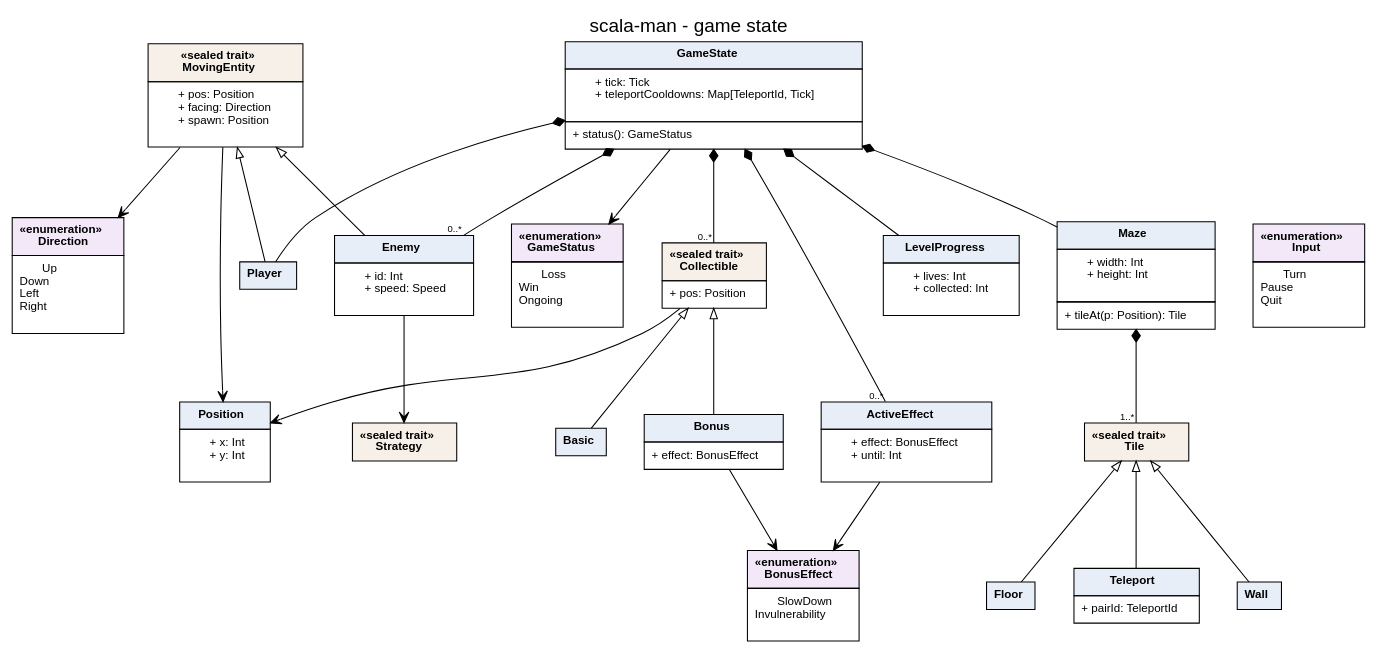
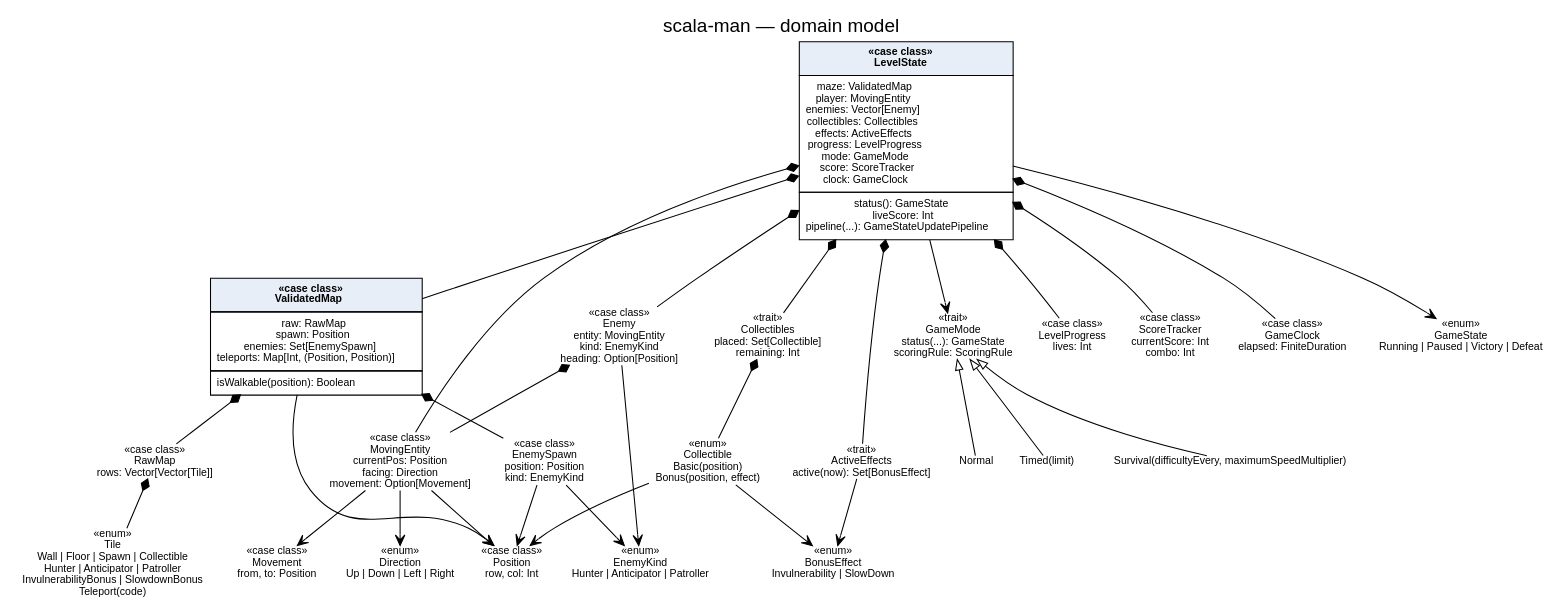
One commit to PPS-25/PPS-25-scala-man changed the diagram in docs/uml/game-state.dot. Above: the diagram before and after it, drawn with Graphviz.

Commit message:
docs: update domain model diagram

```diff
--- a/docs/uml/game-state.dot
+++ b/docs/uml/game-state.dot
@@ -1,271 +1,57 @@
-/*
- * scala-man class diagram - game state.
- *
- * Render:  dot -Tsvg docs/uml/game-state.dot -o docs/uml/game-state.svg
- *
- * Conventions used in this file:
- *   - one node per type, HTML label in sections: stereotype+name, fields, operations
- *   - Scala 3 stereotypes: «enumeration», «sealed trait», «case class», «opaque type»
- *   - the edge decoration always sits on the "source" node of the relation:
- *       inheritance / implementation -> hollow triangle on the supertype
- *       composition                  -> filled diamond on the container
- *       association                  -> plain arrow on the referenced type
- *   - multiplicity: label on the end it refers to
- *   - dashed border: type detailed in another diagram
- *
- * Scope: game state only. The maze appears with the bare minimum the state
- * cannot ignore (Maze, Tile and Collectible); loading, validation and level
- * structure belong to a later diagram. Optional features of the project
- * proposal (score, multiple game modes, saving, patrolling) are not modelled.
- */
+/* Final domain model of scala-man. Render: dot -Tsvg docs/uml/game-state.dot -o docs/uml/game-state.svg */
+digraph DomainModel {
+  graph [rankdir=TB, fontname="Helvetica", labelloc=t, label="scala-man — domain model", fontsize=18]
+  node [shape=plain, fontname="Helvetica", fontsize=10]
+  edge [fontname="Helvetica", fontsize=9]
 
-digraph GameState {
-  graph [
-    rankdir = TB,
-    nodesep = 0.5,
-    ranksep = 0.9,
-    fontname = "Helvetica",
-    labelloc = t,
-    label = "scala-man - game state",
-    fontsize = 18
-  ]
-  node [shape = plain, fontname = "Helvetica", fontsize = 11]
-  edge [fontname = "Helvetica", fontsize = 9]
-
-  /* ---------------------------------------------------------------- */
-  /* Root aggregate                                                    */
-  /* ---------------------------------------------------------------- */
-
-  GameState [label = <
-    <table border="0" cellborder="1" cellspacing="0" cellpadding="6">
-      <tr><td bgcolor="#e8eef7"><b>GameState</b></td></tr>
-      <tr><td align="left">
-        + tick: Tick<br align="left"/>
-        + teleportCooldowns: Map[TeleportId, Tick]<br align="left"/>
-      </td></tr>
-      <tr><td align="left">+ status(): GameStatus<br align="left"/></td></tr>
+  LevelState [label=<
+    <table border="0" cellborder="1" cellspacing="0" cellpadding="5">
+      <tr><td bgcolor="#e8eef7"><b>&#171;case class&#187;<br/>LevelState</b></td></tr>
+      <tr><td align="left">maze: ValidatedMap<br/>player: MovingEntity<br/>enemies: Vector[Enemy]<br/>collectibles: Collectibles<br/>effects: ActiveEffects<br/>progress: LevelProgress<br/>mode: GameMode<br/>score: ScoreTracker<br/>clock: GameClock</td></tr>
+      <tr><td align="left">status(): GameState<br/>liveScore: Int<br/>pipeline(...): GameStateUpdatePipeline</td></tr>
     </table>
   >]
-
-  /* ---------------------------------------------------------------- */
-  /* Moving entities                                                   */
-  /* Meeting2 sec. 8: player and enemies generalised into MovingEntity.*/
-  /* `spawn` is redundant if the spawn point is a Tile of the maze:    */
-  /* still an open point, see Meeting2 sec. 9.                         */
-  /* ---------------------------------------------------------------- */
-
-  MovingEntity [label = <
-    <table border="0" cellborder="1" cellspacing="0" cellpadding="6">
-      <tr><td bgcolor="#f7f0e8"><b>&#171;sealed trait&#187;<br/>MovingEntity</b></td></tr>
-      <tr><td align="left">
-        + pos: Position<br align="left"/>
-        + facing: Direction<br align="left"/>
-        + spawn: Position<br align="left"/>
-      </td></tr>
+  ValidatedMap [label=<
+    <table border="0" cellborder="1" cellspacing="0" cellpadding="5">
+      <tr><td bgcolor="#e8eef7"><b>&#171;case class&#187;<br/>ValidatedMap</b></td></tr>
+      <tr><td align="left">raw: RawMap<br/>spawn: Position<br/>enemies: Set[EnemySpawn]<br/>teleports: Map[Int, (Position, Position)]</td></tr>
+      <tr><td align="left">isWalkable(position): Boolean</td></tr>
     </table>
   >]
+  RawMap [label="&#171;case class&#187;\nRawMap\nrows: Vector[Vector[Tile]]"]
+  MovingEntity [label="&#171;case class&#187;\nMovingEntity\ncurrentPos: Position\nfacing: Direction\nmovement: Option[Movement]"]
+  Enemy [label="&#171;case class&#187;\nEnemy\nentity: MovingEntity\nkind: EnemyKind\nheading: Option[Position]"]
+  Collectibles [label="&#171;trait&#187;\nCollectibles\nplaced: Set[Collectible]\nremaining: Int"]
+  Collectible [label="&#171;enum&#187;\nCollectible\nBasic(position)\nBonus(position, effect)"]
+  ActiveEffects [label="&#171;trait&#187;\nActiveEffects\nactive(now): Set[BonusEffect]"]
+  GameMode [label="&#171;trait&#187;\nGameMode\nstatus(...): GameState\nscoringRule: ScoringRule"]
+  LevelProgress [label="&#171;case class&#187;\nLevelProgress\nlives: Int"]
+  ScoreTracker [label="&#171;case class&#187;\nScoreTracker\ncurrentScore: Int\ncombo: Int"]
+  GameClock [label="&#171;case class&#187;\nGameClock\nelapsed: FiniteDuration"]
+  Movement [label="&#171;case class&#187;\nMovement\nfrom, to: Position"]
+  EnemySpawn [label="&#171;case class&#187;\nEnemySpawn\nposition: Position\nkind: EnemyKind"]
+  Tile [label="&#171;enum&#187;\nTile\nWall | Floor | Spawn | Collectible\nHunter | Anticipator | Patroller\nInvulnerabilityBonus | SlowdownBonus\nTeleport(code)"]
+  Position [label="&#171;case class&#187;\nPosition\nrow, col: Int"]
+  Direction [label="&#171;enum&#187;\nDirection\nUp | Down | Left | Right"]
+  EnemyKind [label="&#171;enum&#187;\nEnemyKind\nHunter | Anticipator | Patroller"]
+  BonusEffect [label="&#171;enum&#187;\nBonusEffect\nInvulnerability | SlowDown"]
+  GameState [label="&#171;enum&#187;\nGameState\nRunning | Paused | Victory | Defeat"]
+  Normal [label="Normal"]
+  Timed [label="Timed(limit)"]
+  Survival [label="Survival(difficultyEvery, maximumSpeedMultiplier)"]
 
-  Player [label = <
-    <table border="0" cellborder="1" cellspacing="0" cellpadding="6">
-      <tr><td bgcolor="#e8eef7"><b>Player</b></td></tr>
-    </table>
-  >]
-
-  Enemy [label = <
-    <table border="0" cellborder="1" cellspacing="0" cellpadding="6">
-      <tr><td bgcolor="#e8eef7"><b>Enemy</b></td></tr>
-      <tr><td align="left">
-        + id: Int<br align="left"/>
-        + speed: Speed<br align="left"/>
-      </td></tr>
-    </table>
-  >]
-
-  MovingEntity -> Player [dir = back, arrowtail = empty, arrowhead = none]
-  MovingEntity -> Enemy  [dir = back, arrowtail = empty, arrowhead = none]
-
-  /* ---------------------------------------------------------------- */
-  /* Temporary effects and level progress                              */
-  /* ---------------------------------------------------------------- */
-
-  ActiveEffect [label = <
-    <table border="0" cellborder="1" cellspacing="0" cellpadding="6">
-      <tr><td bgcolor="#e8eef7"><b>ActiveEffect</b></td></tr>
-      <tr><td align="left">
-        + effect: BonusEffect<br align="left"/>
-        + until: Int<br align="left"/>
-      </td></tr>
-    </table>
-  >]
-
-  LevelProgress [label = <
-    <table border="0" cellborder="1" cellspacing="0" cellpadding="6">
-      <tr><td bgcolor="#e8eef7"><b>LevelProgress</b></td></tr>
-      <tr><td align="left">
-        + lives: Int<br align="left"/>
-        + collected: Int<br align="left"/>
-      </td></tr>
-    </table>
-  >]
-
-  Position [label = <
-    <table border="0" cellborder="1" cellspacing="0" cellpadding="6">
-      <tr><td bgcolor="#e8eef7"><b>Position</b></td></tr>
-      <tr><td align="left">
-        + x: Int<br align="left"/>
-        + y: Int<br align="left"/>
-      </td></tr>
-    </table>
-  >]
-
-  /* ---------------------------------------------------------------- */
-  /* Maze: the bare minimum the game state needs                       */
-  /* ---------------------------------------------------------------- */
-
-  Maze [label = <
-    <table border="0" cellborder="1" cellspacing="0" cellpadding="6">
-      <tr><td bgcolor="#e8eef7"><b>Maze</b></td></tr>
-      <tr><td align="left">
-        + width: Int<br align="left"/>
-        + height: Int<br align="left"/>
-      </td></tr>
-      <tr><td align="left">+ tileAt(p: Position): Tile<br align="left"/></td></tr>
-    </table>
-  >]
-
-  Tile [label = <
-    <table border="0" cellborder="1" cellspacing="0" cellpadding="6">
-      <tr><td bgcolor="#f7f0e8"><b>&#171;sealed trait&#187;<br/>Tile</b></td></tr>
-    </table>
-  >]
-
-  Wall [label = <
-    <table border="0" cellborder="1" cellspacing="0" cellpadding="6">
-      <tr><td bgcolor="#e8eef7"><b>Wall</b></td></tr>
-    </table>
-  >]
-
-  Floor [label = <
-    <table border="0" cellborder="1" cellspacing="0" cellpadding="6">
-      <tr><td bgcolor="#e8eef7"><b>Floor</b></td></tr>
-    </table>
-  >]
-
-  Teleport [label = <
-    <table border="0" cellborder="1" cellspacing="0" cellpadding="6">
-      <tr><td bgcolor="#e8eef7"><b>Teleport</b></td></tr>
-      <tr><td align="left">+ pairId: TeleportId<br align="left"/></td></tr>
-    </table>
-  >]
-
-  Maze -> Tile     [dir = back, arrowtail = diamond, arrowhead = none, headlabel = "1..*"]
-  Tile -> Wall     [dir = back, arrowtail = empty, arrowhead = none]
-  Tile -> Floor    [dir = back, arrowtail = empty, arrowhead = none]
-  Tile -> Teleport [dir = back, arrowtail = empty, arrowhead = none]
-
-  /* ---------------------------------------------------------------- */
-  /* Collectibles                                                      */
-  /* Meeting2 sec. 8: they carry a Position, so they are treated as    */
-  /* elements placed on the maze.                                      */
-  /* ---------------------------------------------------------------- */
-
-  Collectible [label = <
-    <table border="0" cellborder="1" cellspacing="0" cellpadding="6">
-      <tr><td bgcolor="#f7f0e8"><b>&#171;sealed trait&#187;<br/>Collectible</b></td></tr>
-      <tr><td align="left">+ pos: Position<br align="left"/></td></tr>
-    </table>
-  >]
-
-  Basic [label = <
-    <table border="0" cellborder="1" cellspacing="0" cellpadding="6">
-      <tr><td bgcolor="#e8eef7"><b>Basic</b></td></tr>
-    </table>
-  >]
-
-  Bonus [label = <
-    <table border="0" cellborder="1" cellspacing="0" cellpadding="6">
-      <tr><td bgcolor="#e8eef7"><b>Bonus</b></td></tr>
-      <tr><td align="left">+ effect: BonusEffect<br align="left"/></td></tr>
-    </table>
-  >]
-
-  Collectible -> Basic [dir = back, arrowtail = empty, arrowhead = none]
-  Collectible -> Bonus [dir = back, arrowtail = empty, arrowhead = none]
-
-  /* ---------------------------------------------------------------- */
-  /* Enumerations                                                      */
-  /* ---------------------------------------------------------------- */
-
-  Direction [label = <
-    <table border="0" cellborder="1" cellspacing="0" cellpadding="6">
-      <tr><td bgcolor="#f2e8f7"><b>&#171;enumeration&#187;<br/>Direction</b></td></tr>
-      <tr><td align="left">
-        Up<br align="left"/>Down<br align="left"/>Left<br align="left"/>Right<br align="left"/>
-      </td></tr>
-    </table>
-  >]
-
-  GameStatus [label = <
-    <table border="0" cellborder="1" cellspacing="0" cellpadding="6">
-      <tr><td bgcolor="#f2e8f7"><b>&#171;enumeration&#187;<br/>GameStatus</b></td></tr>
-      <tr><td align="left">
-        Loss<br align="left"/>Win<br align="left"/>Ongoing<br align="left"/>
-      </td></tr>
-    </table>
-  >]
-
-  Input [label = <
-    <table border="0" cellborder="1" cellspacing="0" cellpadding="6">
-      <tr><td bgcolor="#f2e8f7"><b>&#171;enumeration&#187;<br/>Input</b></td></tr>
-      <tr><td align="left">
-        Turn<br align="left"/>Pause<br align="left"/>Quit<br align="left"/>
-      </td></tr>
-    </table>
-  >]
-
-  BonusEffect [label = <
-    <table border="0" cellborder="1" cellspacing="0" cellpadding="6">
-      <tr><td bgcolor="#f2e8f7"><b>&#171;enumeration&#187;<br/>BonusEffect</b></td></tr>
-      <tr><td align="left">
-        SlowDown<br align="left"/>Invulnerability<br align="left"/>
-      </td></tr>
-    </table>
-  >]
-
-  /* ---------------------------------------------------------------- */
-  /* AI strategies: detailed in a dedicated diagram                    */
-  /* ---------------------------------------------------------------- */
-
-  Strategy [label = <
-    <table border="0" cellborder="1" cellspacing="0" cellpadding="6" style="dashed">
-      <tr><td bgcolor="#f7f0e8"><b>&#171;sealed trait&#187;<br/>Strategy</b></td></tr>
-    </table>
-  >]
-
-  /* ---------------------------------------------------------------- */
-  /* Compositions: filled diamond on the container (GameState)         */
-  /* ---------------------------------------------------------------- */
-
-  GameState -> Maze          [dir = back, arrowtail = diamond, arrowhead = none]
-  GameState -> Player        [dir = back, arrowtail = diamond, arrowhead = none]
-  GameState -> Enemy         [dir = back, arrowtail = diamond, arrowhead = none, headlabel = "0..*"]
-  GameState -> ActiveEffect  [dir = back, arrowtail = diamond, arrowhead = none, headlabel = "0..*"]
-  GameState -> LevelProgress [dir = back, arrowtail = diamond, arrowhead = none]
-  GameState -> Collectible   [dir = back, arrowtail = diamond, arrowhead = none, headlabel = "0..*"]
-
-  /* ---------------------------------------------------------------- */
-  /* Associations                                                      */
-  /* ---------------------------------------------------------------- */
-
-  GameState    -> GameStatus  [arrowhead = vee]
-  MovingEntity -> Position    [arrowhead = vee]
-  MovingEntity -> Direction   [arrowhead = vee]
-  Enemy        -> Strategy    [arrowhead = vee]
-  Collectible  -> Position    [arrowhead = vee]
-  ActiveEffect -> BonusEffect [arrowhead = vee]
-  Bonus        -> BonusEffect [arrowhead = vee]
-
-  /* Input has no relation in this diagram: it is the vocabulary of commands
-   * consumed by the controller, detailed in the MVC diagram. */
-  { rank = same; Input; GameStatus }
+  LevelState -> { ValidatedMap MovingEntity Enemy Collectibles ActiveEffects LevelProgress ScoreTracker GameClock } [dir=back, arrowtail=diamond, arrowhead=none]
+  LevelState -> GameMode [arrowhead=vee]
+  LevelState -> GameState [arrowhead=vee]
+  ValidatedMap -> { RawMap EnemySpawn } [dir=back, arrowtail=diamond, arrowhead=none]
+  ValidatedMap -> Position [arrowhead=vee]
+  RawMap -> Tile [dir=back, arrowtail=diamond, arrowhead=none]
+  Enemy -> MovingEntity [dir=back, arrowtail=diamond, arrowhead=none]
+  Enemy -> EnemyKind [arrowhead=vee]
+  EnemySpawn -> { Position EnemyKind } [arrowhead=vee]
+  MovingEntity -> { Position Direction Movement } [arrowhead=vee]
+  Collectibles -> Collectible [dir=back, arrowtail=diamond, arrowhead=none]
+  Collectible -> { Position BonusEffect } [arrowhead=vee]
+  ActiveEffects -> BonusEffect [arrowhead=vee]
+  GameMode -> { Normal Timed Survival } [dir=back, arrowtail=empty, arrowhead=none]
 }
```
